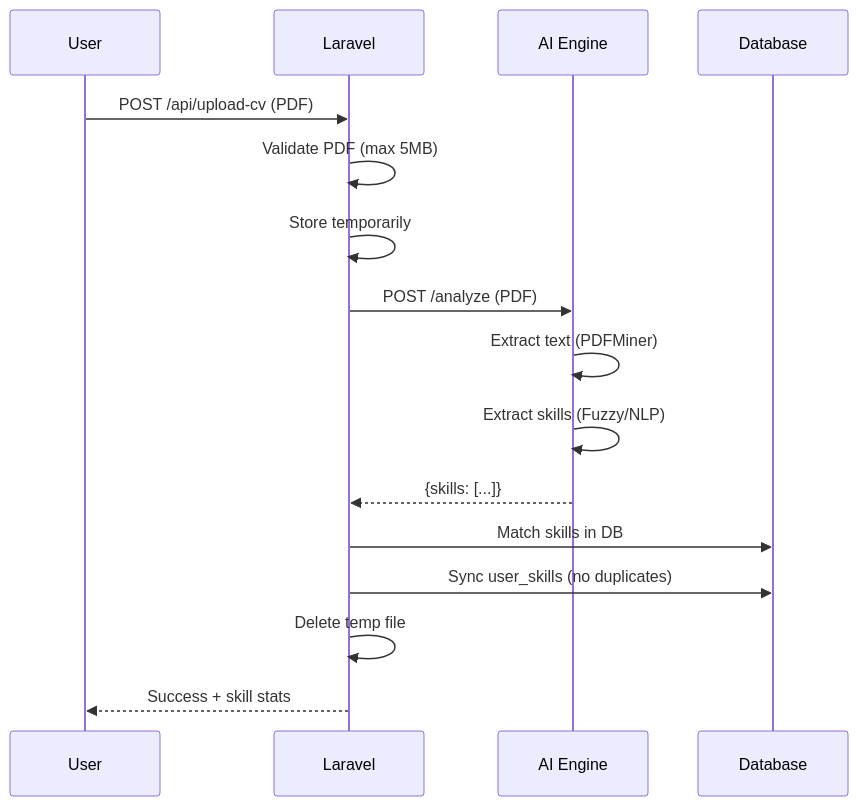
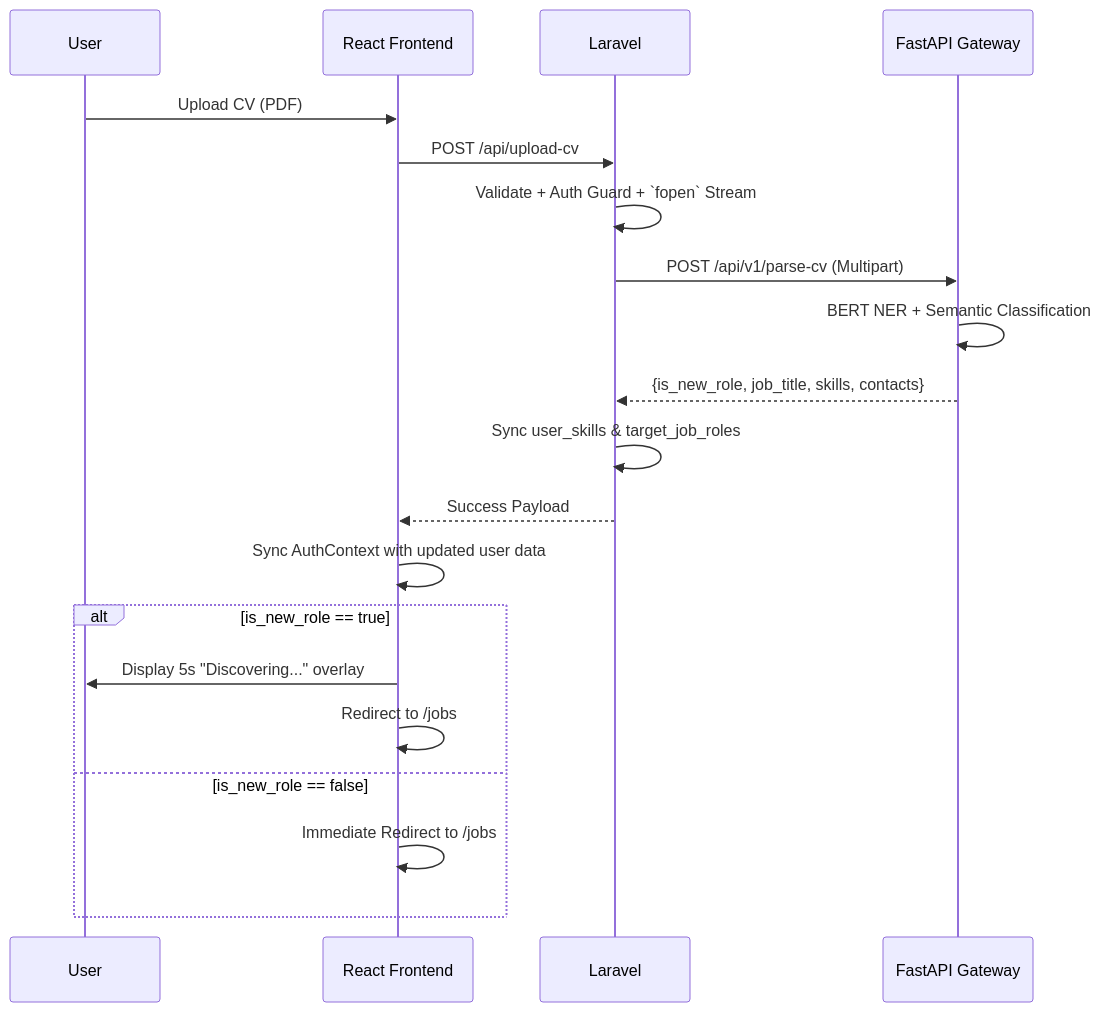
Before and after one commit to YousefAlTohamy/CareerCompass: the third of 6 diagrams in README.md, drawn with Mermaid. The commit also changed other lines of this file, not shown here.

````diff
--- a/README.md
+++ b/README.md
@@ -683,19 +690,23 @@
 ```mermaid
 sequenceDiagram
     participant User
+    participant React Frontend
     participant Laravel
-    participant AI Engine
-    participant Database
+    participant FastAPI Gateway
 
-    User->>Laravel: POST /api/upload-cv (PDF)
-    Laravel->>Laravel: Validate PDF (max 5MB)
-    Laravel->>Laravel: Store temporarily
-    Laravel->>AI Engine: POST /analyze (PDF)
-    AI Engine->>AI Engine: Extract text (PDFMiner)
-    AI Engine->>AI Engine: Extract skills (Fuzzy/NLP)
-    AI Engine-->>Laravel: {skills: [...]}
-    Laravel->>Database: Match skills in DB
-    Laravel->>Database: Sync user_skills (no duplicates)
-    Laravel->>Laravel: Delete temp file
-    Laravel-->>User: Success + skill stats
+    User->>React Frontend: Upload CV (PDF)
+    React Frontend->>Laravel: POST /api/upload-cv
+    Laravel->>Laravel: Validate + Auth Guard + `fopen` Stream
+    Laravel->>FastAPI Gateway: POST /api/v1/parse-cv (Multipart)
+    FastAPI Gateway->>FastAPI Gateway: BERT NER + Semantic Classification
+    FastAPI Gateway-->>Laravel: {is_new_role, job_title, skills, contacts}
+    Laravel->>Laravel: Sync user_skills & target_job_roles
+    Laravel-->>React Frontend: Success Payload
+    React Frontend->>React Frontend: Sync AuthContext with updated user data
+    alt is_new_role == true
+        React Frontend->>User: Display 5s "Discovering..." overlay
+        React Frontend->>React Frontend: Redirect to /jobs
+    else is_new_role == false
+        React Frontend->>React Frontend: Immediate Redirect to /jobs
+    end
 ```
````
